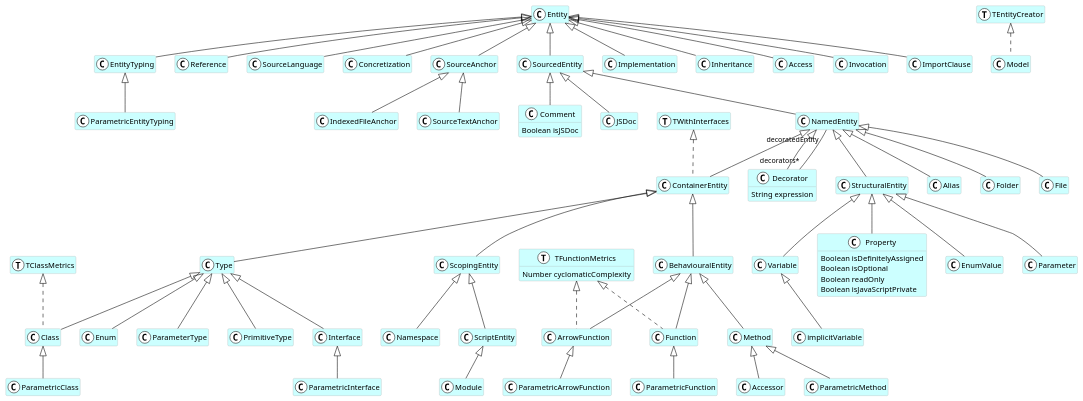
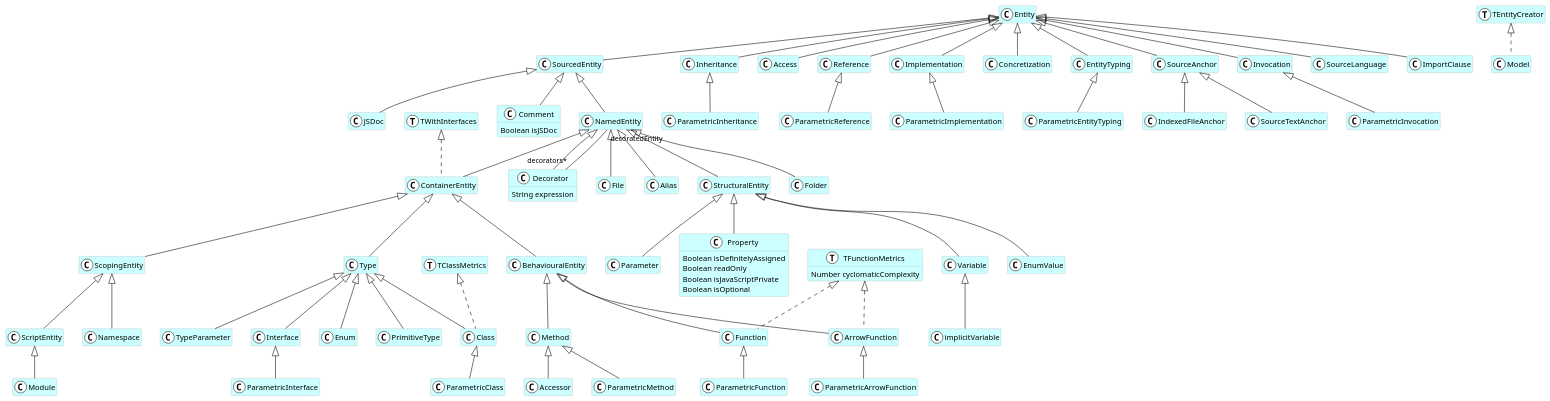
Before and after one commit to fuhrmanator/FamixTypeScript: the diagram in doc-uml/FamixTypeScript.puml, drawn with PlantUML. The commit also changed 3 other files, not shown here.

```diff
--- a/doc-uml/FamixTypeScript.puml
+++ b/doc-uml/FamixTypeScript.puml
@@ -1,177 +1,189 @@
 @startuml
 hide empty members
 skinparam class {
   BackgroundColor white
   ArrowColor black
   BorderColor darkGray
 }
+class Property <<(C,white)>> #CCFFFF {
+  Boolean isDefinitelyAssigned
+  Boolean readOnly
+  Boolean isJavaScriptPrivate
+  Boolean isOptional
+}
+class ParametricImplementation <<(C,white)>> #CCFFFF {
+}
+class Namespace <<(C,white)>> #CCFFFF {
+}
+class Class <<(C,white)>> #CCFFFF {
+}
+class TypeParameter <<(C,white)>> #CCFFFF {
+}
+class Interface <<(C,white)>> #CCFFFF {
+}
+class implicitVariable <<(C,white)>> #CCFFFF {
+}
+class JSDoc <<(C,white)>> #CCFFFF {
+}
+class TClassMetrics <<(T,white)>> #CCFFFF {
+}
+class IndexedFileAnchor <<(C,white)>> #CCFFFF {
+}
+class Enum <<(C,white)>> #CCFFFF {
+}
+class ParametricInvocation <<(C,white)>> #CCFFFF {
+}
+class Inheritance <<(C,white)>> #CCFFFF {
+}
+class ParametricMethod <<(C,white)>> #CCFFFF {
+}
+class EnumValue <<(C,white)>> #CCFFFF {
+}
+class ParametricInheritance <<(C,white)>> #CCFFFF {
+}
 class ParametricEntityTyping <<(C,white)>> #CCFFFF {
 }
-class TWithInterfaces <<(T,white)>> #CCFFFF {
+class SourceTextAnchor <<(C,white)>> #CCFFFF {
 }
 class ParametricClass <<(C,white)>> #CCFFFF {
 }
-class TClassMetrics <<(T,white)>> #CCFFFF {
+class Access <<(C,white)>> #CCFFFF {
+}
+class ParametricFunction <<(C,white)>> #CCFFFF {
+}
+class Reference <<(C,white)>> #CCFFFF {
+}
+class Folder <<(C,white)>> #CCFFFF {
+}
+class Parameter <<(C,white)>> #CCFFFF {
+}
+class Method <<(C,white)>> #CCFFFF {
+}
+class SourcedEntity <<(C,white)>> #CCFFFF {
+}
+class TEntityCreator <<(T,white)>> #CCFFFF {
+}
+class ScriptEntity <<(C,white)>> #CCFFFF {
+}
+class TFunctionMetrics <<(T,white)>> #CCFFFF {
+  Number cyclomaticComplexity
+}
+class Module <<(C,white)>> #CCFFFF {
+}
+class ScopingEntity <<(C,white)>> #CCFFFF {
+}
+class Implementation <<(C,white)>> #CCFFFF {
+}
+class ParametricReference <<(C,white)>> #CCFFFF {
+}
+class ArrowFunction <<(C,white)>> #CCFFFF {
+}
+class NamedEntity <<(C,white)>> #CCFFFF {
+}
+class Variable <<(C,white)>> #CCFFFF {
+}
+class Concretization <<(C,white)>> #CCFFFF {
 }
 class EntityTyping <<(C,white)>> #CCFFFF {
 }
-class ParametricArrowFunction <<(C,white)>> #CCFFFF {
+class SourceAnchor <<(C,white)>> #CCFFFF {
 }
-class ContainerEntity <<(C,white)>> #CCFFFF {
+class Type <<(C,white)>> #CCFFFF {
+}
+class Invocation <<(C,white)>> #CCFFFF {
 }
 class Comment <<(C,white)>> #CCFFFF {
   Boolean isJSDoc
 }
+class Function <<(C,white)>> #CCFFFF {
+}
+class ParametricInterface <<(C,white)>> #CCFFFF {
+}
+class SourceLanguage <<(C,white)>> #CCFFFF {
+}
+class TWithInterfaces <<(T,white)>> #CCFFFF {
+}
+class Model <<(C,white)>> #CCFFFF {
+}
 class Decorator <<(C,white)>> #CCFFFF {
   String expression
 }
-class Type <<(C,white)>> #CCFFFF {
+class Entity <<(C,white)>> #CCFFFF {
+}
+class Accessor <<(C,white)>> #CCFFFF {
+}
+class ContainerEntity <<(C,white)>> #CCFFFF {
+}
+class PrimitiveType <<(C,white)>> #CCFFFF {
+}
+class ImportClause <<(C,white)>> #CCFFFF {
 }
 class StructuralEntity <<(C,white)>> #CCFFFF {
 }
-class Model <<(C,white)>> #CCFFFF {
+class File <<(C,white)>> #CCFFFF {
 }
-class Variable <<(C,white)>> #CCFFFF {
+class BehaviouralEntity <<(C,white)>> #CCFFFF {
 }
-class Reference <<(C,white)>> #CCFFFF {
+class ParametricArrowFunction <<(C,white)>> #CCFFFF {
 }
 class Alias <<(C,white)>> #CCFFFF {
 }
-class Folder <<(C,white)>> #CCFFFF {
-}
-class File <<(C,white)>> #CCFFFF {
-}
-class Enum <<(C,white)>> #CCFFFF {
-}
-class Class <<(C,white)>> #CCFFFF {
-}
-class SourceLanguage <<(C,white)>> #CCFFFF {
-}
-class ParameterType <<(C,white)>> #CCFFFF {
-}
-class Property <<(C,white)>> #CCFFFF {
-  Boolean isDefinitelyAssigned
-  Boolean isOptional
-  Boolean readOnly
-  Boolean isJavaScriptPrivate
-}
-class Concretization <<(C,white)>> #CCFFFF {
-}
-class TEntityCreator <<(T,white)>> #CCFFFF {
-}
-class TFunctionMetrics <<(T,white)>> #CCFFFF {
-  Number cyclomaticComplexity
-}
-class EnumValue <<(C,white)>> #CCFFFF {
-}
-class Parameter <<(C,white)>> #CCFFFF {
-}
-class IndexedFileAnchor <<(C,white)>> #CCFFFF {
-}
-class JSDoc <<(C,white)>> #CCFFFF {
-}
-class Module <<(C,white)>> #CCFFFF {
-}
-class Namespace <<(C,white)>> #CCFFFF {
-}
-class ArrowFunction <<(C,white)>> #CCFFFF {
-}
-class ParametricInterface <<(C,white)>> #CCFFFF {
-}
-class SourceTextAnchor <<(C,white)>> #CCFFFF {
-}
-class SourceAnchor <<(C,white)>> #CCFFFF {
-}
-class Accessor <<(C,white)>> #CCFFFF {
-}
-class implicitVariable <<(C,white)>> #CCFFFF {
-}
-class Entity <<(C,white)>> #CCFFFF {
-}
-class SourcedEntity <<(C,white)>> #CCFFFF {
-}
-class Implementation <<(C,white)>> #CCFFFF {
-}
-class Inheritance <<(C,white)>> #CCFFFF {
-}
-class Access <<(C,white)>> #CCFFFF {
-}
-class ScriptEntity <<(C,white)>> #CCFFFF {
-}
-class Invocation <<(C,white)>> #CCFFFF {
-}
-class Function <<(C,white)>> #CCFFFF {
-}
-class PrimitiveType <<(C,white)>> #CCFFFF {
-}
-class ScopingEntity <<(C,white)>> #CCFFFF {
-}
-class ParametricMethod <<(C,white)>> #CCFFFF {
-}
-class BehaviouralEntity <<(C,white)>> #CCFFFF {
-}
-class ParametricFunction <<(C,white)>> #CCFFFF {
-}
-class ImportClause <<(C,white)>> #CCFFFF {
-}
-class Interface <<(C,white)>> #CCFFFF {
-}
-class Method <<(C,white)>> #CCFFFF {
-}
-class NamedEntity <<(C,white)>> #CCFFFF {
-}
+NamedEntity <|-- Alias
+Implementation <|-- ParametricImplementation
+StructuralEntity <|-- Property
+Type <|-- Class
+ScopingEntity <|-- Namespace
+Type <|-- TypeParameter
+Variable <|-- implicitVariable
+Type <|-- Interface
+SourcedEntity <|-- JSDoc
+SourceAnchor <|-- IndexedFileAnchor
+Type <|-- Enum
+Entity <|-- Inheritance
+Invocation <|-- ParametricInvocation
+Method <|-- ParametricMethod
+StructuralEntity <|-- EnumValue
+Inheritance <|-- ParametricInheritance
+SourceAnchor <|-- SourceTextAnchor
+Class <|-- ParametricClass
 EntityTyping <|-- ParametricEntityTyping
-Class <|-- ParametricClass
+Function <|-- ParametricFunction
+Entity <|-- Access
+Entity <|-- Reference
+NamedEntity <|-- Folder
+StructuralEntity <|-- Parameter
+BehaviouralEntity <|-- Method
+Entity <|-- SourcedEntity
+ScopingEntity <|-- ScriptEntity
+ScriptEntity <|-- Module
+ContainerEntity <|-- ScopingEntity
+Entity <|-- Implementation
+SourcedEntity <|-- NamedEntity
+Reference <|-- ParametricReference
+StructuralEntity <|-- Variable
+BehaviouralEntity <|-- ArrowFunction
 Entity <|-- EntityTyping
+Entity <|-- Concretization
+Entity <|-- Invocation
+Entity <|-- SourceAnchor
+ContainerEntity <|-- Type
+SourcedEntity <|-- Comment
+BehaviouralEntity <|-- Function
+Interface <|-- ParametricInterface
+Entity <|-- SourceLanguage
+NamedEntity <|-- Decorator
+Method <|-- Accessor
 NamedEntity <|-- ContainerEntity
+Type <|-- PrimitiveType
+Entity <|-- ImportClause
+NamedEntity <|-- StructuralEntity
+NamedEntity <|-- File
+ContainerEntity <|-- BehaviouralEntity
 ArrowFunction <|-- ParametricArrowFunction
-StructuralEntity <|-- Variable
-SourcedEntity <|-- Comment
-Entity <|-- Reference
-NamedEntity <|-- Decorator
-ContainerEntity <|-- Type
-NamedEntity <|-- StructuralEntity
-NamedEntity <|-- Alias
-NamedEntity <|-- Folder
-NamedEntity <|-- File
-Type <|-- Enum
-Type <|-- Class
-Entity <|-- SourceLanguage
-Type <|-- ParameterType
-StructuralEntity <|-- Property
-Entity <|-- Concretization
-StructuralEntity <|-- EnumValue
-StructuralEntity <|-- Parameter
-SourceAnchor <|-- IndexedFileAnchor
-SourcedEntity <|-- JSDoc
-ScriptEntity <|-- Module
-BehaviouralEntity <|-- ArrowFunction
-SourceAnchor <|-- SourceTextAnchor
-Interface <|-- ParametricInterface
-ScopingEntity <|-- Namespace
-Entity <|-- SourceAnchor
-Method <|-- Accessor
-Variable <|-- implicitVariable
-Entity <|-- SourcedEntity
-Entity <|-- Implementation
-Entity <|-- Inheritance
-Entity <|-- Access
-Entity <|-- Invocation
-BehaviouralEntity <|-- Function
-Type <|-- PrimitiveType
-ScopingEntity <|-- ScriptEntity
-Method <|-- ParametricMethod
-Function <|-- ParametricFunction
-ContainerEntity <|-- ScopingEntity
-ContainerEntity <|-- BehaviouralEntity
-Entity <|-- ImportClause
-Type <|-- Interface
-BehaviouralEntity <|-- Method
-SourcedEntity <|-- NamedEntity
-TWithInterfaces <|.. ContainerEntity
-TEntityCreator <|.. Model
 TClassMetrics <|.. Class
 TFunctionMetrics <|.. ArrowFunction
 TFunctionMetrics <|.. Function
-Decorator "decorators*" -- "decoratedEntity" NamedEntity
+TEntityCreator <|.. Model
+TWithInterfaces <|.. ContainerEntity
+NamedEntity "decoratedEntity" -- "decorators*" Decorator
 @enduml
```
